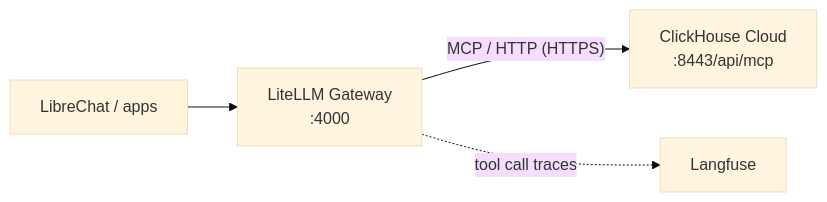
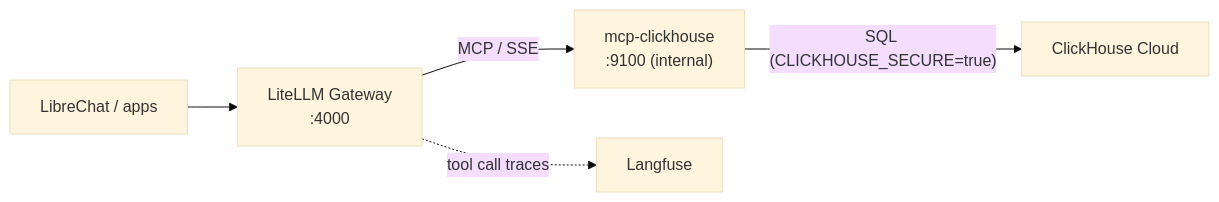
The fourth of 4 diagrams in docs/configuration.md (litkhai/llmops-in-a-box), drawn with Mermaid (base theme) before and after one commit. The commit also changed other lines of this file and 4 other files, not shown here.

First line of the commit message:
fix: restore mcp-clickhouse container and remove CPU Phase 3 from scope

````diff
--- a/docs/configuration.md
+++ b/docs/configuration.md
@@ -382,10 +382,12 @@
 ```mermaid
 flowchart LR
     LC["LibreChat / apps"]
     GW["LiteLLM Gateway\n:4000"]
-    CH["ClickHouse Cloud\n:8443/api/mcp"]
+    MCP["mcp-clickhouse\n:9100 (internal)"]
+    CH["ClickHouse Cloud"]
 
     LC --> GW
-    GW -- "MCP / HTTP (HTTPS)" --> CH
+    GW -- "MCP / SSE" --> MCP
+    MCP -- "SQL (CLICKHOUSE_SECURE=true)" --> CH
     GW -. "tool call traces" .-> LF["Langfuse"]
 ```
````
